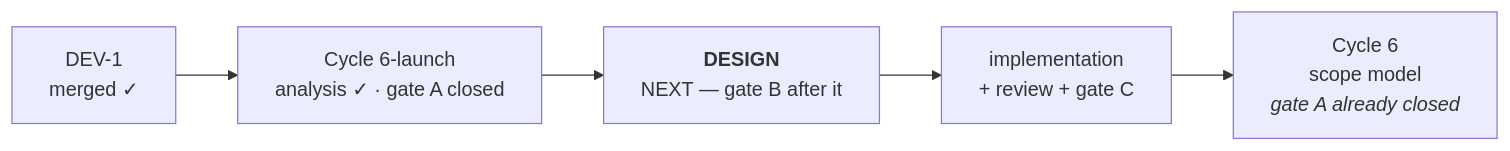
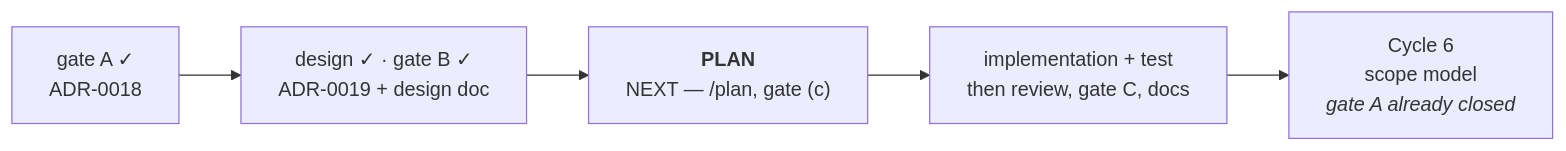
One commit to alergyonthestage/ytdl changed the diagram in docs/maintainers/handoff.md. Above: the diagram before and after it, drawn with Mermaid. The commit also changed other lines of this file, not shown here.

First line of the commit message:
docs(process): replace the handoff with the state gate B leaves

````diff
--- a/docs/maintainers/handoff.md
+++ b/docs/maintainers/handoff.md
@@ -10,7 +10,7 @@
 ```mermaid
 flowchart LR
-  V["DEV-1<br/>merged ✓"] --> A["Cycle 6-launch<br/>analysis ✓ · gate A closed"]
-  A --> D["<b>DESIGN</b><br/>NEXT — gate B after it"]
-  D --> I["implementation<br/>+ review + gate C"]
+  A["gate A ✓<br/>ADR-0018"] --> D["design ✓ · gate B ✓<br/>ADR-0019 + design doc"]
+  D --> P["<b>PLAN</b><br/>NEXT — /plan, gate (c)"]
+  P --> I["implementation + test<br/>then review, gate C, docs"]
   I --> M["Cycle 6<br/>scope model<br/><i>gate A already closed</i>"]
 ```
````
